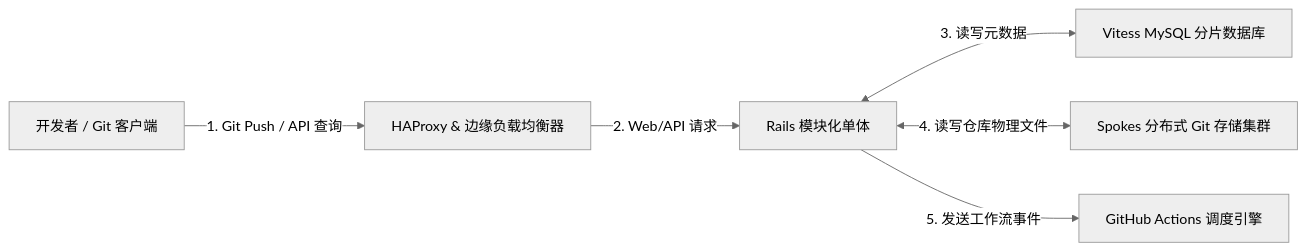
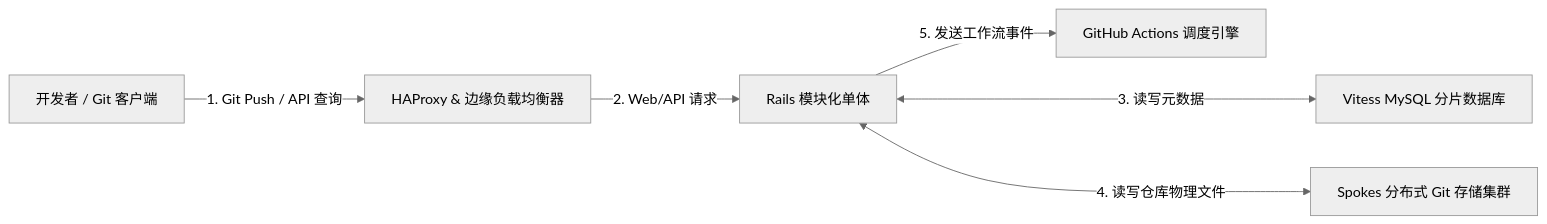
Before and after one commit to koosai/AI-Architect-Learning: the third of 6 diagrams in docs/atlas/github.mdx, drawn with Mermaid (neutral theme). The commit also changed other lines of this file and 68 other files, not shown here.

Commit message:
fix(atlas): fix browser client-side Mermaid rendering for mindmaps and flowcharts across 67 case studies

````diff
--- a/docs/atlas/github.mdx
+++ b/docs/atlas/github.mdx
@@ -112,8 +112,8 @@
 ```mermaid
 graph LR
   Client["开发者 / Git 客户端"] -->|1. Git Push / API 查询| HAProxy["HAProxy & 边缘负载均衡器"]
   HAProxy -->|2. Web/API 请求| Monolith["Rails 模块化单体"]
-  Monolith <-->|3. 读写元数据| Vitess["Vitess MySQL 分片数据库"]
-  Monolith <-->|4. 读写仓库物理文件| Spokes["Spokes 分布式 Git 存储集群"]
+  Monolith <--->|3. 读写元数据| Vitess["Vitess MySQL 分片数据库"]
+  Monolith <--->|4. 读写仓库物理文件| Spokes["Spokes 分布式 Git 存储集群"]
   Monolith -->|5. 发送工作流事件| ActionsEngine["GitHub Actions 调度引擎"]
 ```
````
